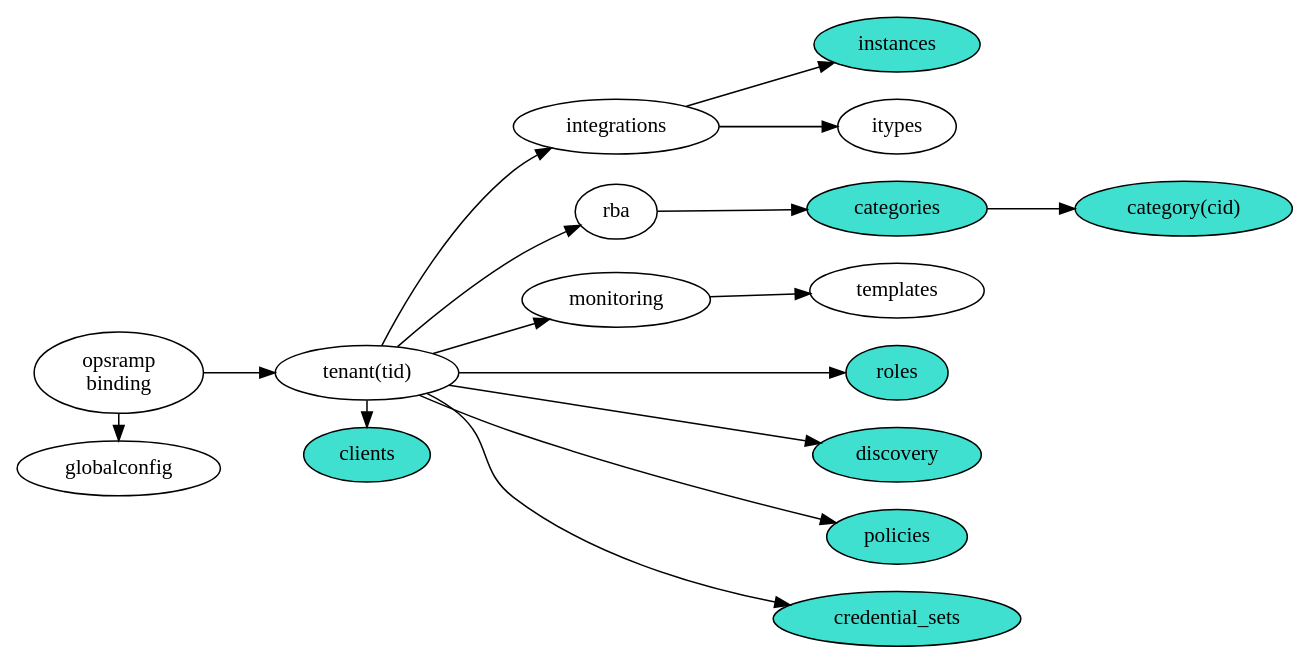
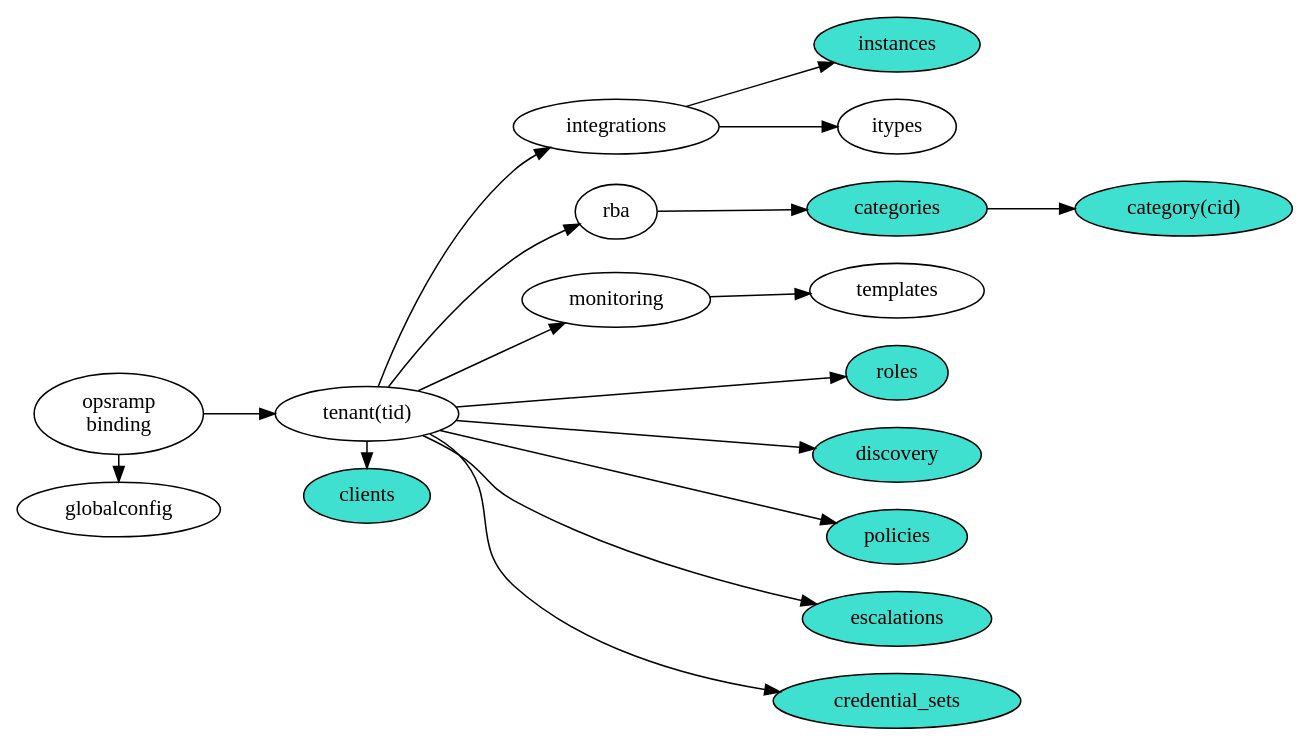
The diagram in classes.dot (HewlettPackard/python-opsramp), drawn with Graphviz before and after one commit. The commit also changed 6 other files, not shown here.

```diff
--- a/classes.dot
+++ b/classes.dot
@@ -1,42 +1,43 @@
 # classes.dot
 # An input file for graphviz that produces a diagram of the relationship
 # between the various classes in the python-opsramp language binding.
 #
 # (c) Copyright 2019 Hewlett Packard Enterprise Development LP
 #
 # Licensed under the Apache License, Version 2.0 (the "License");
 # you may not use this file except in compliance with the License.
 # You may obtain a copy of the License at
 #
 #     http://www.apache.org/licenses/LICENSE-2.0
 #
 # Unless required by applicable law or agreed to in writing, software
 # distributed under the License is distributed on an "AS IS" BASIS,
 # WITHOUT WARRANTIES OR CONDITIONS OF ANY KIND, either express or implied.
 # See the License for the specific language governing permissions and
 # limitations under the License.
 #
 digraph {
   rankdir="LR";
   binding -> { globalconfig tenant }
-  tenant -> { clients integrations rba monitoring roles discovery policies credential_sets }
+  tenant -> { clients integrations rba monitoring roles discovery policies escalations credential_sets }
   rba -> categories
   categories -> category
   monitoring -> templates
   integrations -> { instances itypes }
 
   { rank=same binding globalconfig }
   { rank=same tenant clients }
-  { rank=same categories templates policies itypes instances discovery credential_sets roles }
+  { rank=same categories templates policies itypes instances discovery credential_sets roles escalations }
 
   binding [label="opsramp\nbinding"]
   tenant [label="tenant(tid)"]
   category [label="category(cid)" style="filled" fillcolor="turquoise"]
   instances [style="filled" fillcolor="turquoise"]
   categories [style="filled" fillcolor="turquoise"]
   policies [style="filled" fillcolor="turquoise"]
   clients [style="filled" fillcolor="turquoise"]
   discovery [style="filled" fillcolor="turquoise"]
   credential_sets [style="filled" fillcolor="turquoise"]
   roles [style="filled" fillcolor="turquoise"]
+  escalations [style="filled" fillcolor="turquoise"]
 }
```
